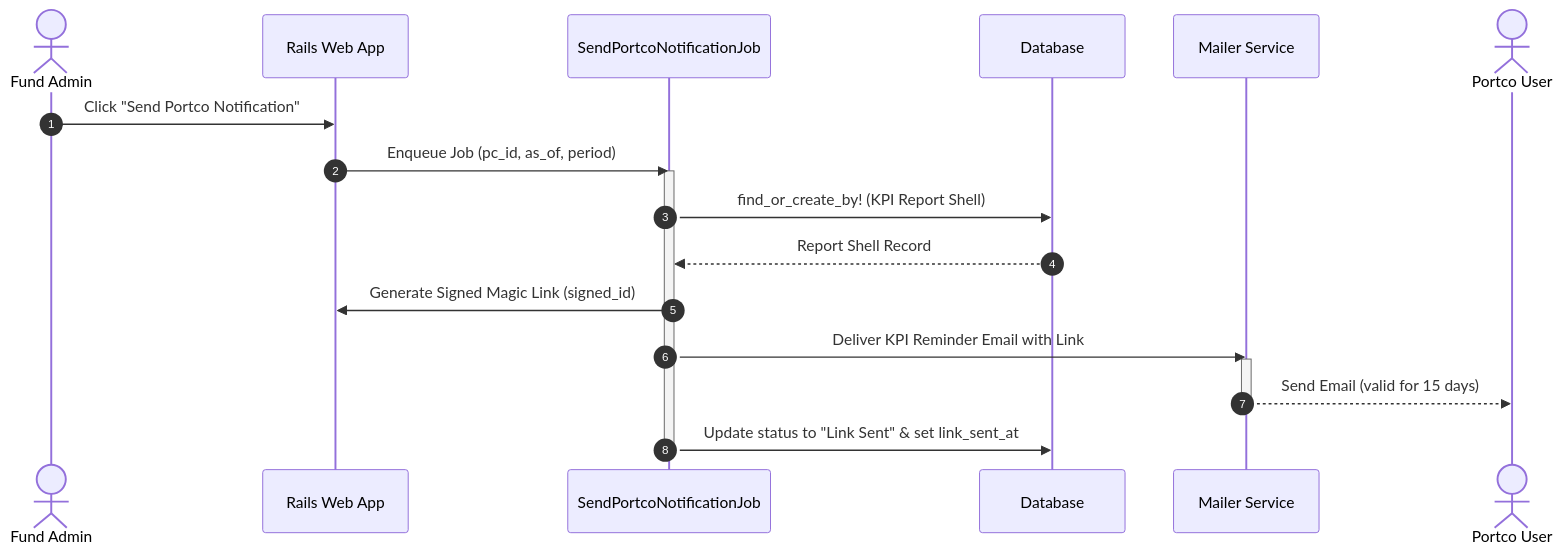
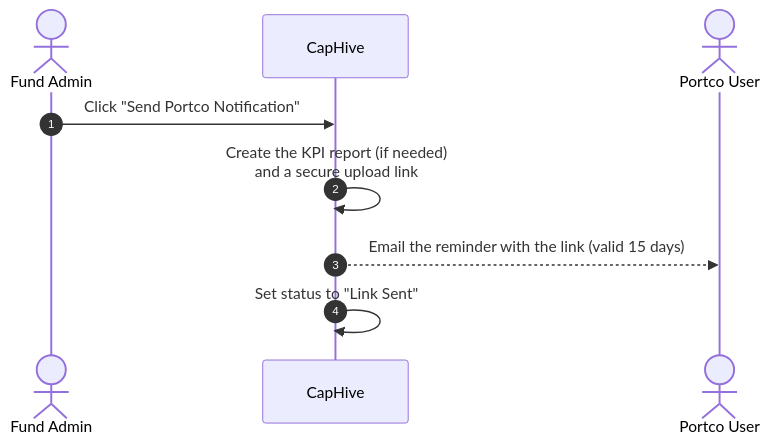
The first of 5 diagrams in docs/user_guides/kpi_upload_user_guide.md (sampadadiwan/IRM_CompanyMain), drawn with Mermaid before and after one commit. The commit also changed other lines of this file and 21 other files, not shown here.

````diff
--- a/docs/user_guides/kpi_upload_user_guide.md
+++ b/docs/user_guides/kpi_upload_user_guide.md
@@ -56,23 +56,12 @@
 ```mermaid
 sequenceDiagram
     autonumber
     actor Admin as Fund Admin
-    participant Web as Rails Web App
-    participant Job as SendPortcoNotificationJob
-    participant DB as Database
-    participant Mail as Mailer Service
+    participant System as CapHive
     actor Portco as Portco User
 
-    Admin->>Web: Click "Send Portco Notification"
-    Web->>Job: Enqueue Job (pc_id, as_of, period)
-    activate Job
-    Job->>DB: find_or_create_by! (KPI Report Shell)
-    DB-->>Job: Report Shell Record
-    Job->>Web: Generate Signed Magic Link (signed_id)
-    Job->>Mail: Deliver KPI Reminder Email with Link
-    activate Mail
-    Mail-->>Portco: Send Email (valid for 15 days)
-    deactivate Mail
-    Job->>DB: Update status to "Link Sent" & set link_sent_at
-    deactivate Job
+    Admin->>System: Click "Send Portco Notification"
+    System->>System: Create the KPI report (if needed)<br/>and a secure upload link
+    System-->>Portco: Email the reminder with the link (valid 15 days)
+    System->>System: Set status to "Link Sent"
 ```
````
